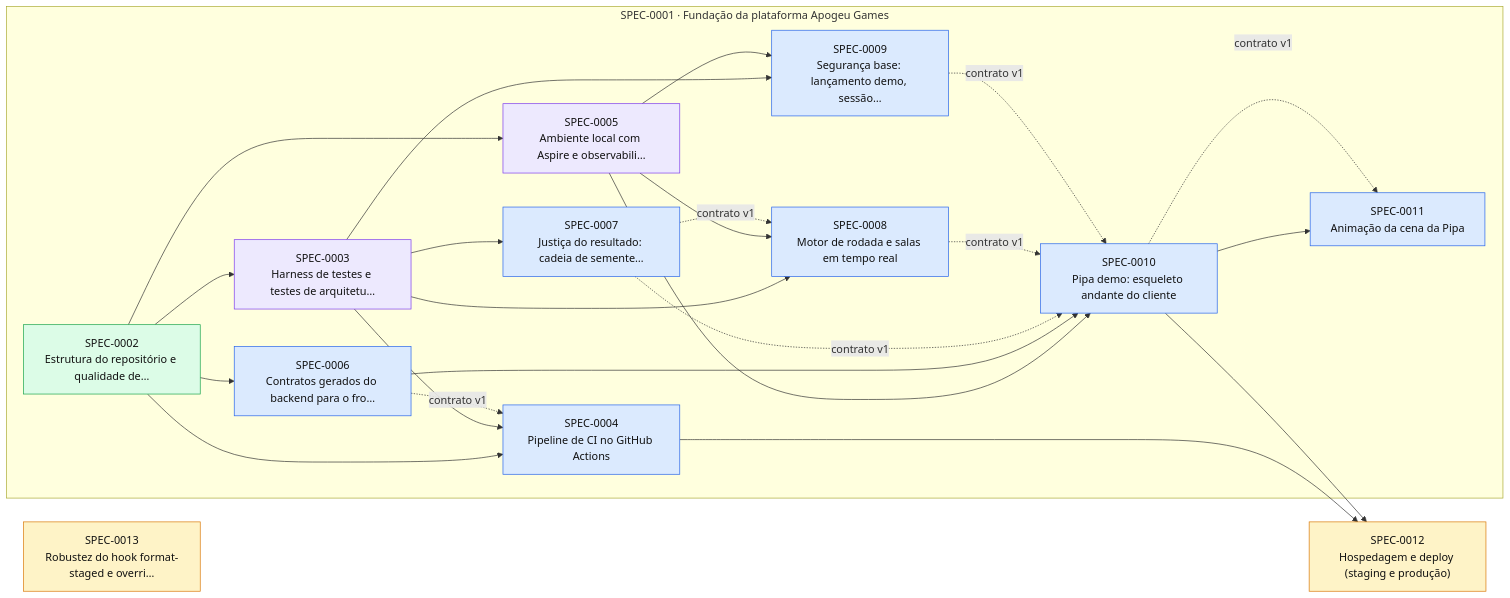
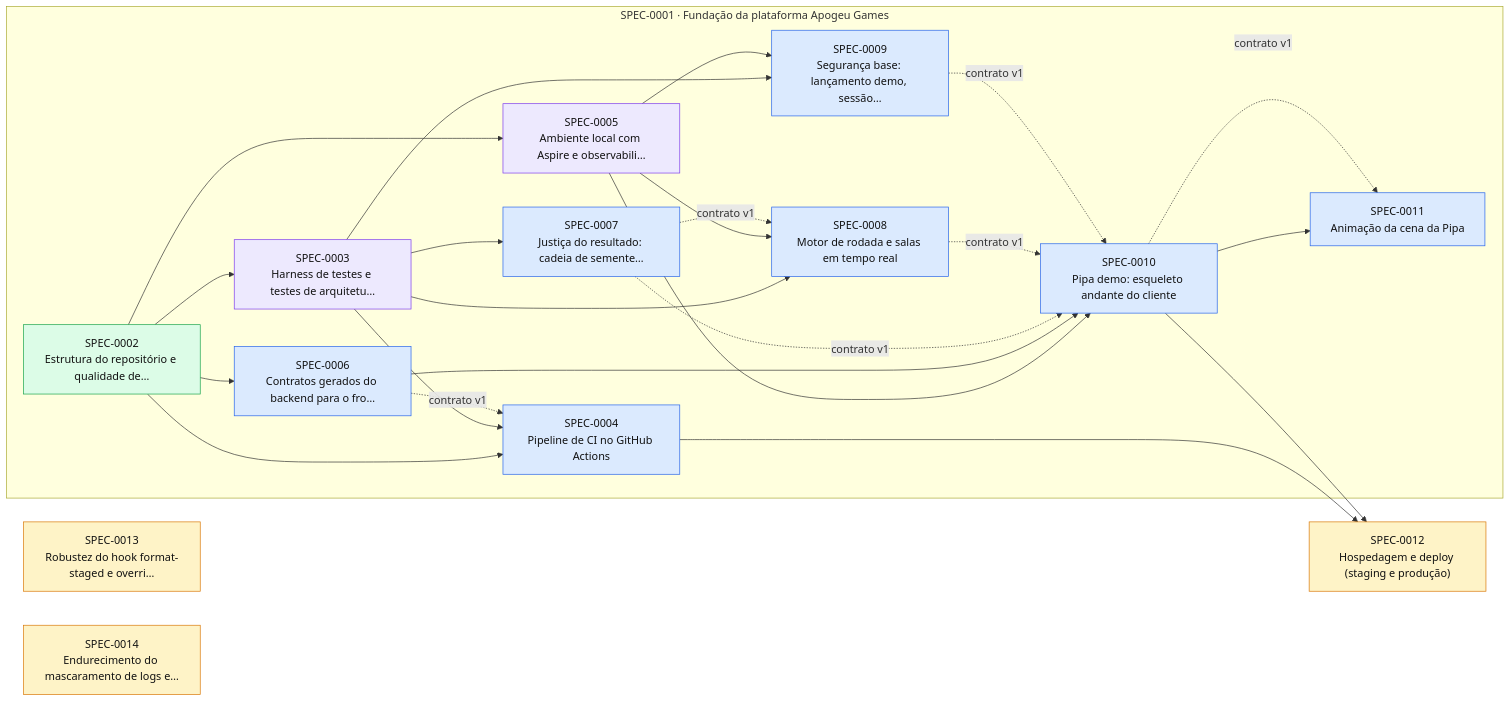
One commit to thomasravache/crash-games-provider changed the diagram in docs/specs/INDEX.md. Above: the diagram before and after it, drawn with Mermaid. The commit also changed other lines of this file and 3 other files, not shown here.

````diff
--- a/docs/specs/INDEX.md
+++ b/docs/specs/INDEX.md
@@ -70,43 +71,44 @@
 ```mermaid
 flowchart LR
   S0012["SPEC-0012<br/>Hospedagem e deploy (staging e produção)"]:::proposed
   S0013["SPEC-0013<br/>Robustez do hook format-staged e overri…"]:::proposed
+  S0014["SPEC-0014<br/>Endurecimento do mascaramento de logs e…"]:::proposed
   subgraph E0001["SPEC-0001 · Fundação da plataforma Apogeu Games"]
     S0002["SPEC-0002<br/>Estrutura do repositório e qualidade de…"]:::implemented
     S0003["SPEC-0003<br/>Harness de testes e testes de arquitetu…"]:::inprogress
     S0004["SPEC-0004<br/>Pipeline de CI no GitHub Actions"]:::approved
     S0005["SPEC-0005<br/>Ambiente local com Aspire e observabili…"]:::inprogress
     S0006["SPEC-0006<br/>Contratos gerados do backend para o fro…"]:::approved
     S0007["SPEC-0007<br/>Justiça do resultado: cadeia de semente…"]:::approved
     S0008["SPEC-0008<br/>Motor de rodada e salas em tempo real"]:::approved
     S0009["SPEC-0009<br/>Segurança base: lançamento demo, sessão…"]:::approved
     S0010["SPEC-0010<br/>Pipa demo: esqueleto andante do cliente"]:::approved
     S0011["SPEC-0011<br/>Animação da cena da Pipa"]:::approved
   end
   S0002 --> S0003
   S0002 --> S0004
   S0003 --> S0004
   S0006 -. contrato v1 .-> S0004
   S0002 --> S0005
   S0002 --> S0006
   S0003 --> S0007
   S0003 --> S0008
   S0005 --> S0008
   S0007 -. contrato v1 .-> S0008
   S0003 --> S0009
   S0005 --> S0009
   S0005 --> S0010
   S0006 --> S0010
   S0007 -. contrato v1 .-> S0010
   S0008 -. contrato v1 .-> S0010
   S0009 -. contrato v1 .-> S0010
   S0010 --> S0011
   S0010 -. contrato v1 .-> S0011
   S0004 --> S0012
   S0010 --> S0012
   classDef proposed fill:#fef3c7,stroke:#d97706,color:#111
   classDef approved fill:#dbeafe,stroke:#2563eb,color:#111
   classDef inprogress fill:#ede9fe,stroke:#7c3aed,color:#111
   classDef implemented fill:#dcfce7,stroke:#16a34a,color:#111
   classDef deprecated fill:#f3f4f6,stroke:#9ca3af,color:#6b7280
 ```
````
